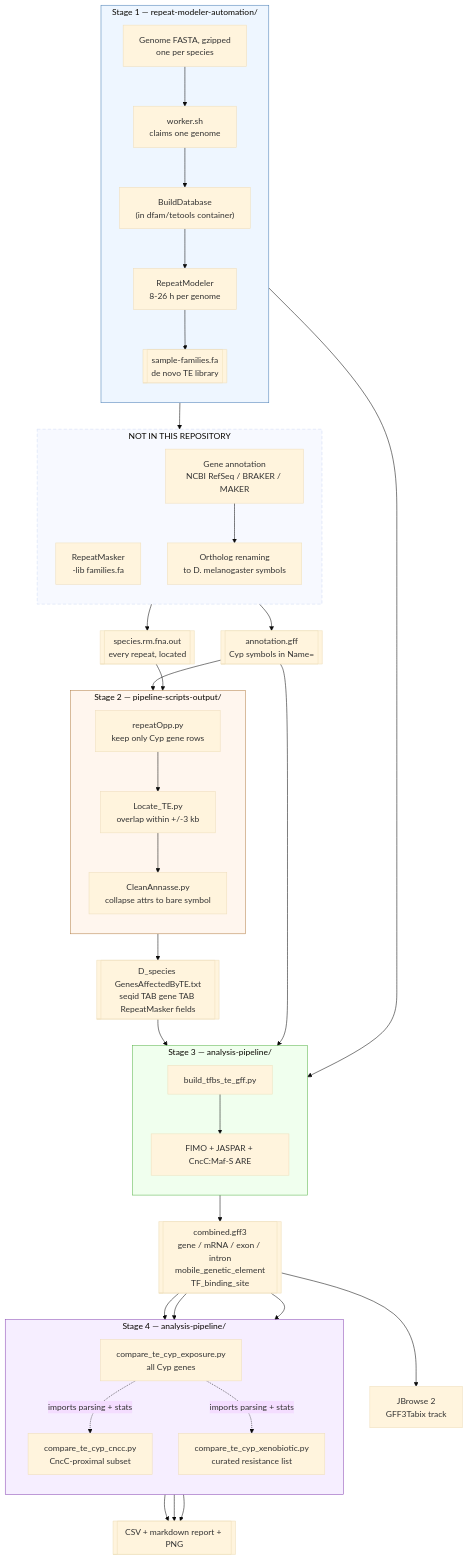
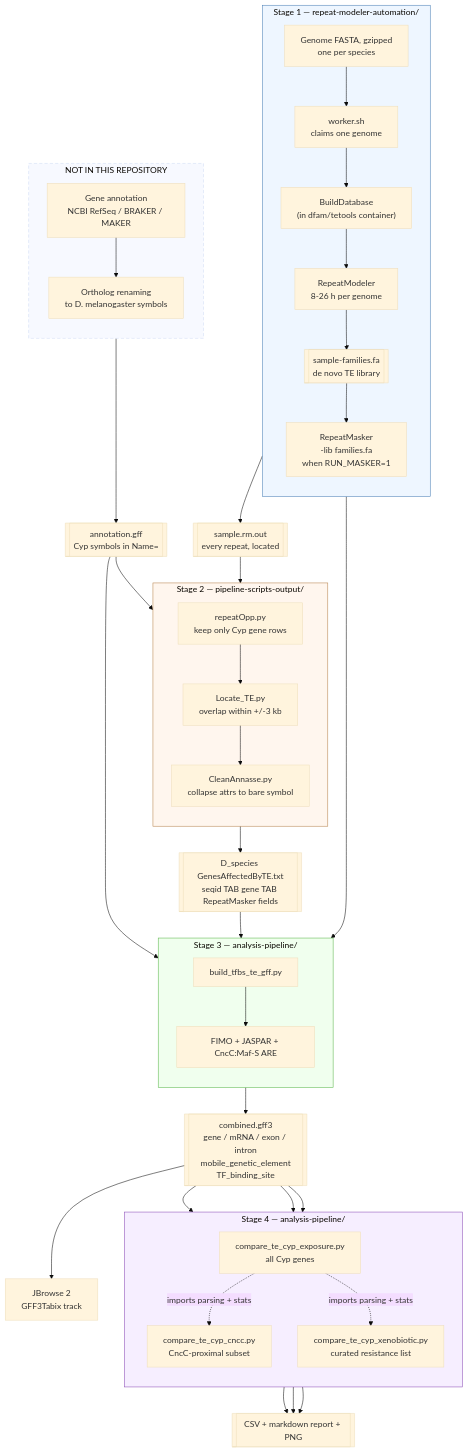
The first of 2 diagrams in docs/diagrams/01-end-to-end.md (0foo/cyp-project), drawn with Mermaid (base theme) before and after one commit. The commit also changed other lines of this file and 15 other files, not shown here.

````diff
--- a/docs/diagrams/01-end-to-end.md
+++ b/docs/diagrams/01-end-to-end.md
@@ -5,71 +5,70 @@
 ```mermaid
 flowchart TD
     subgraph S1["Stage 1 — repeat-modeler-automation/"]
         direction TB
         A["Genome FASTA, gzipped<br/>one per species"]
         A --> B["worker.sh<br/>claims one genome"]
         B --> C["BuildDatabase<br/>(in dfam/tetools container)"]
         C --> D["RepeatModeler<br/>8-26 h per genome"]
         D --> E[["sample-families.fa<br/>de novo TE library"]]
+        E --> F["RepeatMasker<br/>-lib families.fa<br/>when RUN_MASKER=1"]
     end
 
     subgraph GAP["NOT IN THIS REPOSITORY"]
         direction TB
-        F["RepeatMasker<br/>-lib families.fa"]
         G["Gene annotation<br/>NCBI RefSeq / BRAKER / MAKER"]
         H["Ortholog renaming<br/>to D. melanogaster symbols"]
     end
 
-    E --> F
-    F --> I[["species.rm.fna.out<br/>every repeat, located"]]
+    F --> I[["sample.rm.out<br/>every repeat, located"]]
     G --> H
     H --> J[["annotation.gff<br/>Cyp symbols in Name="]]
 
     subgraph S2["Stage 2 — pipeline-scripts-output/"]
         direction TB
         K["repeatOpp.py<br/>keep only Cyp gene rows"]
         L["Locate_TE.py<br/>overlap within +/-3 kb"]
         M["CleanAnnasse.py<br/>collapse attrs to bare symbol"]
         K --> L --> M
     end
 
     J --> K
     I --> L
     M --> N[["D_species GenesAffectedByTE.txt<br/>seqid TAB gene TAB RepeatMasker fields"]]
 
     subgraph S3["Stage 3 — analysis-pipeline/"]
         direction TB
         O["build_tfbs_te_gff.py"]
         P["FIMO + JASPAR + CncC:Maf-S ARE"]
         O --> P
     end
 
     N --> O
     J --> O
     A --> O
     P --> Q[["combined.gff3<br/>gene / mRNA / exon / intron<br/>mobile_genetic_element<br/>TF_binding_site"]]
 
     Q --> R["JBrowse 2<br/>GFF3Tabix track"]
 
     subgraph S4["Stage 4 — analysis-pipeline/"]
         direction TB
         S["compare_te_cyp_exposure.py<br/>all Cyp genes"]
         T["compare_te_cyp_cncc.py<br/>CncC-proximal subset"]
         U["compare_te_cyp_xenobiotic.py<br/>curated resistance list"]
         S -.->|"imports parsing + stats"| T
         S -.->|"imports parsing + stats"| U
     end
 
     Q --> S
     Q --> T
     Q --> U
     S --> V[["CSV + markdown report + PNG"]]
     T --> V
     U --> V
 
     style GAP stroke-dasharray: 6 4
     style S1 fill:#eef6ff,stroke:#4a7fb5
     style S2 fill:#fff6ee,stroke:#b5814a
     style S3 fill:#f0ffee,stroke:#5ab54a
     style S4 fill:#f6eeff,stroke:#8a4ab5
 ```
````
